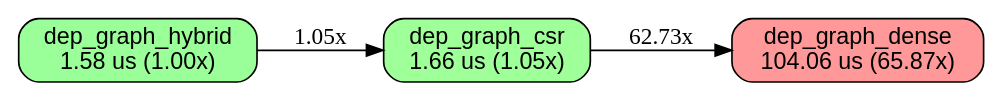
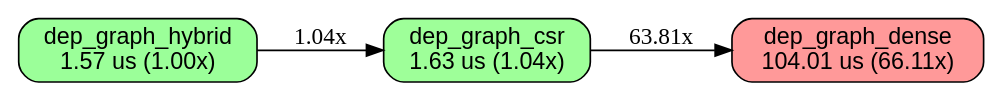
The diagram in docs/BENCHES.dep_graph_csr_9.dep_graph_csr_9_n256.macos-aarch64-c8-bare-apple.dot (orgrinrt/hilavitkutin), drawn with Graphviz before and after one commit. The commit also changed 318 other files, not shown here.

```diff
--- a/docs/BENCHES.dep_graph_csr_9.dep_graph_csr_9_n256.macos-aarch64-c8-bare-apple.dot
+++ b/docs/BENCHES.dep_graph_csr_9.dep_graph_csr_9_n256.macos-aarch64-c8-bare-apple.dot
@@ -1,16 +1,16 @@
 // AUTO-GENERATED: DO NOT EDIT DIRECTLY
 //
 // Generated by: mockspace (mock)
-// Generated at: 2026-11-15T14:25:40Z
+// Generated at: 2026-11-22T21:16:16Z
 // Source: mock/
 // To regenerate: cargo mock
 
 digraph "dep_graph_csr_9/dep_graph_csr_9_n256 on macos-aarch64-c8-bare-apple" {
   rankdir=LR;
   node [shape=box, style="rounded,filled", fontname="Helvetica"];
-  v0 [label="dep_graph_hybrid\n1.58 us (1.00x)", fillcolor="0.330 0.4 1.0"];
-  v1 [label="dep_graph_csr\n1.66 us (1.05x)", fillcolor="0.322 0.4 1.0"];
-  v2 [label="dep_graph_dense\n104.06 us (65.87x)", fillcolor="0.000 0.4 1.0"];
-  v0 -> v1 [label="1.05x"];
-  v1 -> v2 [label="62.73x"];
+  v0 [label="dep_graph_hybrid\n1.57 us (1.00x)", fillcolor="0.330 0.4 1.0"];
+  v1 [label="dep_graph_csr\n1.63 us (1.04x)", fillcolor="0.324 0.4 1.0"];
+  v2 [label="dep_graph_dense\n104.01 us (66.11x)", fillcolor="0.000 0.4 1.0"];
+  v0 -> v1 [label="1.04x"];
+  v1 -> v2 [label="63.81x"];
 }
```
